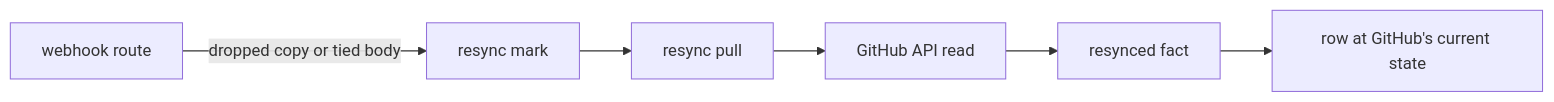
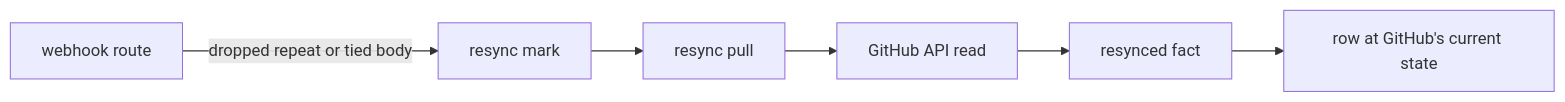
Before and after one commit to zgeoff/pepys: the diagram in docs/architecture/plug-ins/github.md, drawn with Mermaid. The commit also changed other lines of this file and 2 other files, not shown here.

````diff
--- a/docs/architecture/plug-ins/github.md
+++ b/docs/architecture/plug-ins/github.md
@@ -117,8 +128,8 @@
 ```mermaid
 flowchart LR
-  route["webhook route"] -- "dropped copy or tied body" --> mark["resync mark"]
+  route["webhook route"] -- "dropped repeat or tied body" --> mark["resync mark"]
   mark --> pull["resync pull"]
   pull --> api["GitHub API read"]
   api --> fact["resynced fact"]
   fact --> row["row at GitHub's current state"]
 ```
````
